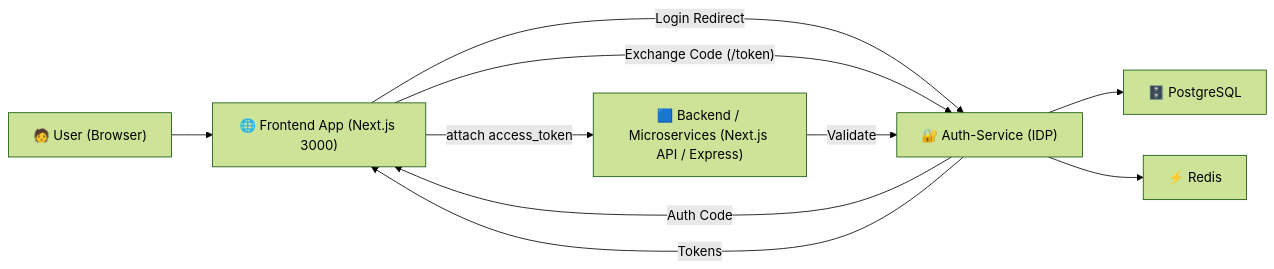
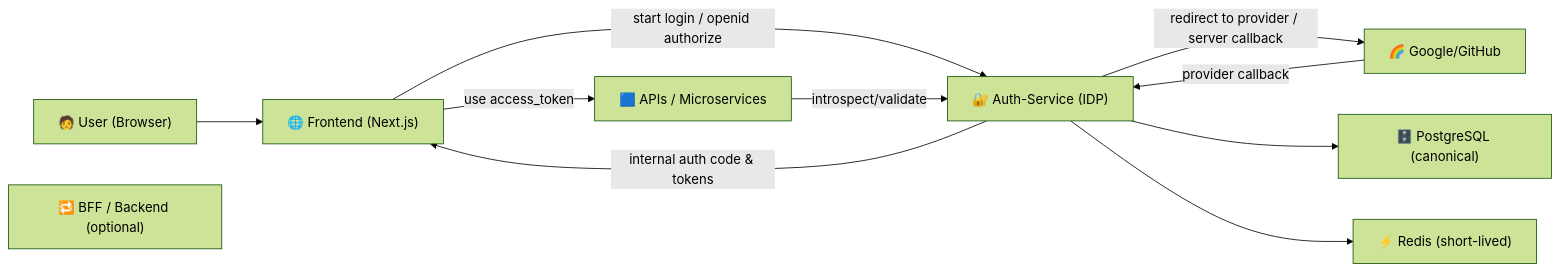
Before and after one commit to Ashutosh-Repos/Central-IdP-Identity-Provider-Design: the first of 2 diagrams in README.md, drawn with Mermaid (forest theme). The commit also changed other lines of this file, not shown here.

First line of the commit message:
Revise README for Central IdP Auth-Service

````diff
--- a/README.md
+++ b/README.md
@@ -46,20 +33,20 @@
 ```mermaid
 flowchart LR
-    User["🧑 User (Browser)"]
-    FE["🌐 Frontend App (Next.js 3000)"]
-    BE["🟦 Backend / Microservices (Next.js API / Express)"]
-    AUTH["🔐 Auth-Service (IDP)"]
-    PG["🗄️ PostgreSQL"]
-    REDIS["⚡ Redis"]
+  User["🧑 User (Browser)"]
+  FE["🌐 Frontend (Next.js)"]
+  BFF["🔁 BFF / Backend (optional)"]
+  AUTH["🔐 Auth-Service (IDP)"]
+  API["🟦 APIs / Microservices"]
+  PG["🗄️ PostgreSQL (canonical)"]
+  REDIS["⚡ Redis (short-lived)"]
 
-    User --> FE
-    FE -- "Login Redirect" --> AUTH
-    AUTH -- "Auth Code" --> FE
-    FE -- "Exchange Code (/token)" --> AUTH
-    AUTH -- "Tokens" --> FE
-    FE -- "attach access_token" --> BE
-    BE -- "Validate" --> AUTH
-    AUTH --> PG
-    AUTH --> REDIS
-
+  User --> FE
+  FE -- "start login / openid authorize" --> AUTH
+  AUTH -- "redirect to provider / server callback" --> Provider["🌈 Google/GitHub"]
+  Provider -- "provider callback" --> AUTH
+  AUTH -- "internal auth code & tokens" --> FE
+  FE -- "use access_token" --> API
+  API -- "introspect/validate" --> AUTH
+  AUTH --> PG
+  AUTH --> REDIS
 ```
````
